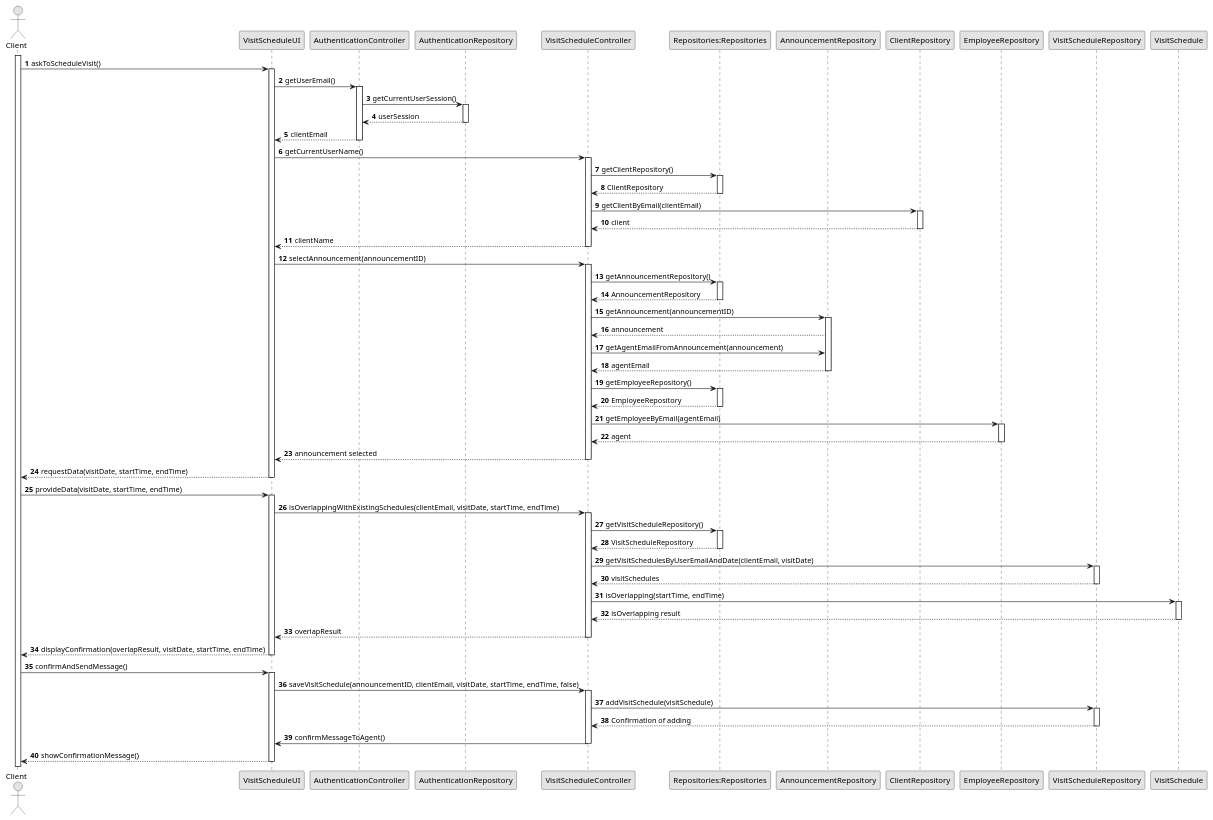
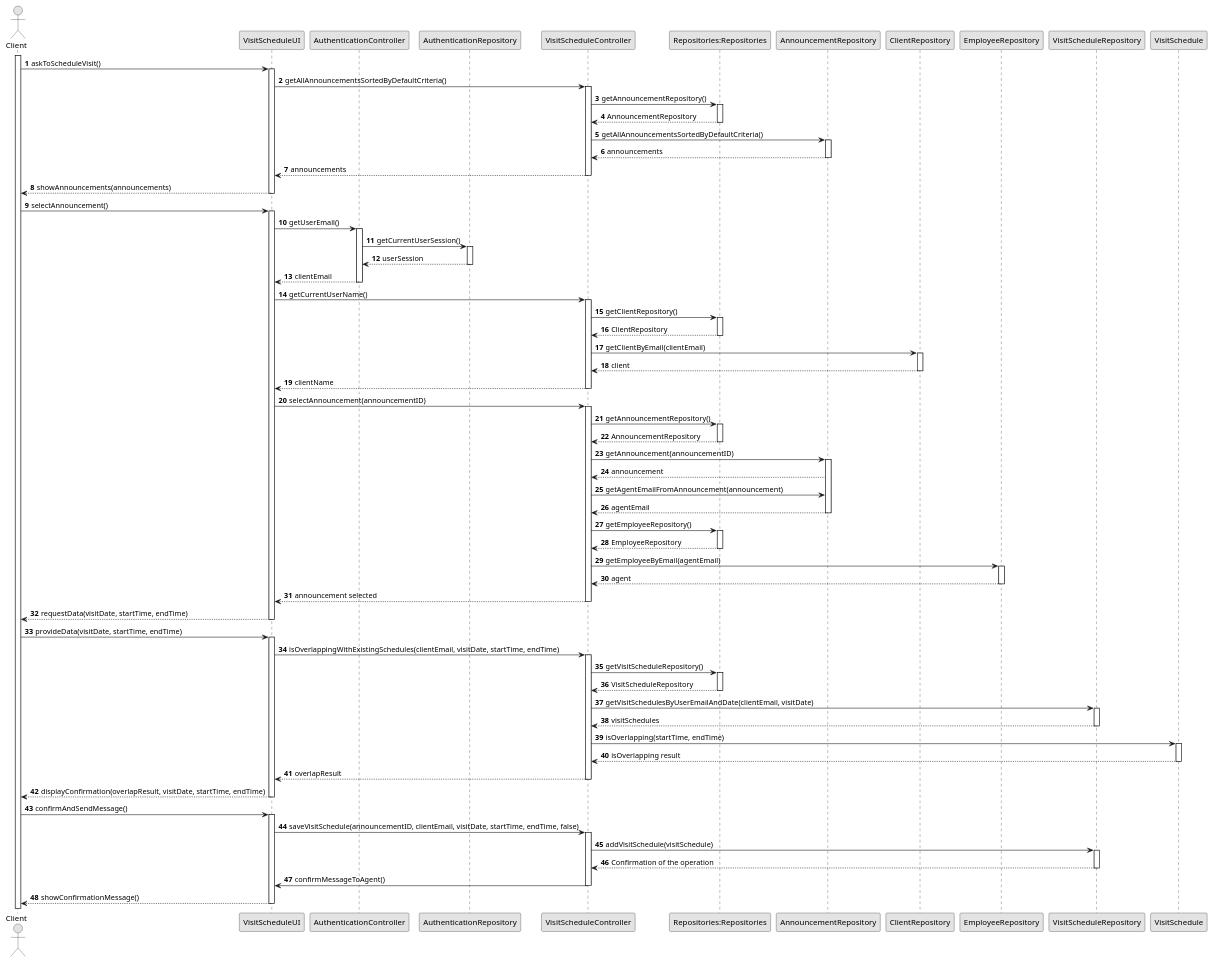
Before and after one commit to Goncalves2525/real-estate-management-system: the diagram in docs/sprintC/us009/03.design/puml/us009-sequence-diagram-full.puml, drawn with PlantUML. The commit also changed 2 other files, not shown here.

Commit message:
Class diagram, SD and SSD update [US009] (now I select to Schedule a Visit and only after that the announcements are listed)

```diff
--- a/docs/sprintC/us009/03.design/puml/us009-sequence-diagram-full.puml
+++ b/docs/sprintC/us009/03.design/puml/us009-sequence-diagram-full.puml
@@ -1,103 +1,122 @@
 @startuml
 skinparam monochrome true
 skinparam packageStyle rectangle
 skinparam shadowing false
 
 autonumber
 
 actor "Client" as Client
 participant "VisitScheduleUI" as UI
 participant "AuthenticationController" as Authentication
 participant "AuthenticationRepository" as AuthenticationRepository
 participant "VisitScheduleController" as Controller
 participant "Repositories:Repositories" as Repositories
 participant "AnnouncementRepository" as AnnouncementRepository
 participant "ClientRepository" as ClientRepository
 participant "EmployeeRepository" as EmployeeRepository
 participant "VisitScheduleRepository" as VisitScheduleRepository
 participant "VisitSchedule" as Schedule
 
 activate Client
 
 Client -> UI : askToScheduleVisit()
+    activate UI
+    UI -> Controller : getAllAnnouncementsSortedByDefaultCriteria()
+        activate Controller
+        Controller -> Repositories : getAnnouncementRepository()
+            activate Repositories
+            Repositories --> Controller : AnnouncementRepository
+        deactivate Repositories
+        Controller -> AnnouncementRepository : getAllAnnouncementsSortedByDefaultCriteria()
+            activate AnnouncementRepository
+            AnnouncementRepository --> Controller : announcements
+        deactivate AnnouncementRepository
+    UI <-- Controller : announcements
+        deactivate Controller
+    UI --> Client : showAnnouncements(announcements)
+deactivate UI
+
+
+
+Client -> UI : selectAnnouncement()
     activate UI
     UI -> Authentication : getUserEmail()
         activate Authentication
         Authentication -> AuthenticationRepository : getCurrentUserSession()
             activate AuthenticationRepository
             AuthenticationRepository --> Authentication : userSession
         deactivate AuthenticationRepository
         Authentication --> UI : clientEmail
     deactivate Authentication
     UI -> Controller : getCurrentUserName()
         activate Controller
         Controller -> Repositories : getClientRepository()
             activate Repositories
             Repositories --> Controller : ClientRepository
         deactivate Repositories
         Controller -> ClientRepository : getClientByEmail(clientEmail)
             activate ClientRepository
             Controller <-- ClientRepository : client
             deactivate ClientRepository
     UI <-- Controller : clientName
     deactivate Controller
     UI -> Controller : selectAnnouncement(announcementID)
         activate Controller
         Controller -> Repositories : getAnnouncementRepository()
             activate Repositories
             Repositories --> Controller : AnnouncementRepository
         deactivate Repositories
         Controller -> AnnouncementRepository : getAnnouncement(announcementID)
             activate AnnouncementRepository
             Controller <-- AnnouncementRepository : announcement
             Controller -> AnnouncementRepository : getAgentEmailFromAnnouncement(announcement)
             Controller <-- AnnouncementRepository : agentEmail
             deactivate AnnouncementRepository
             Controller -> Repositories : getEmployeeRepository()
                 activate Repositories
                 Repositories --> Controller : EmployeeRepository
             deactivate Repositories
             Controller -> EmployeeRepository : getEmployeeByEmail(agentEmail)
                 activate EmployeeRepository
             Controller <-- EmployeeRepository : agent
             deactivate EmployeeRepository
             UI <-- Controller : announcement selected
     deactivate Controller
     UI --> Client : requestData(visitDate, startTime, endTime)
 deactivate UI
 
 Client -> UI : provideData(visitDate, startTime, endTime)
     activate UI
     UI -> Controller : isOverlappingWithExistingSchedules(clientEmail, visitDate, startTime, endTime)
         activate Controller
         Controller -> Repositories : getVisitScheduleRepository()
             activate Repositories
             Repositories --> Controller : VisitScheduleRepository
         deactivate Repositories
         Controller -> VisitScheduleRepository : getVisitSchedulesByUserEmailAndDate(clientEmail, visitDate)
             activate VisitScheduleRepository
             Controller <-- VisitScheduleRepository : visitSchedules
             deactivate VisitScheduleRepository
             Controller -> Schedule : isOverlapping(startTime, endTime)
             activate Schedule
             Controller <-- Schedule : isOverlapping result
             deactivate Schedule
             UI <-- Controller : overlapResult
     deactivate Controller
     UI --> Client : displayConfirmation(overlapResult, visitDate, startTime, endTime)
 deactivate UI
 
 Client -> UI : confirmAndSendMessage()
     activate UI
     UI -> Controller : saveVisitSchedule(announcementID, clientEmail, visitDate, startTime, endTime, false)
         activate Controller
         Controller -> VisitScheduleRepository : addVisitSchedule(visitSchedule)
         activate VisitScheduleRepository
-        Controller <-- VisitScheduleRepository : Confirmation of adding
+        Controller <-- VisitScheduleRepository : Confirmation of the operation
         deactivate VisitScheduleRepository
         Controller -> UI : confirmMessageToAgent()
     deactivate Controller
     UI --> Client : showConfirmationMessage()
 deactivate UI
 
 @enduml
```
